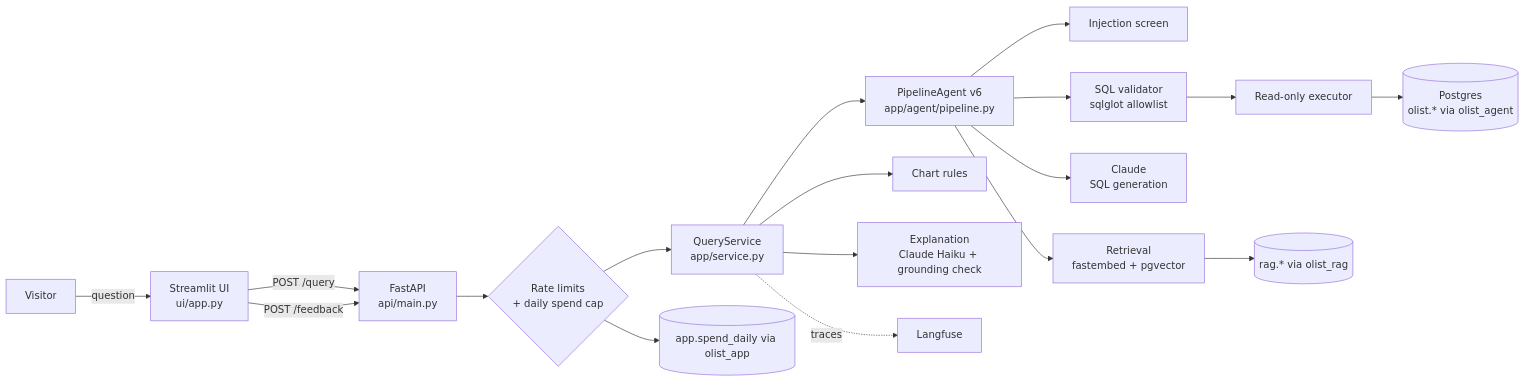
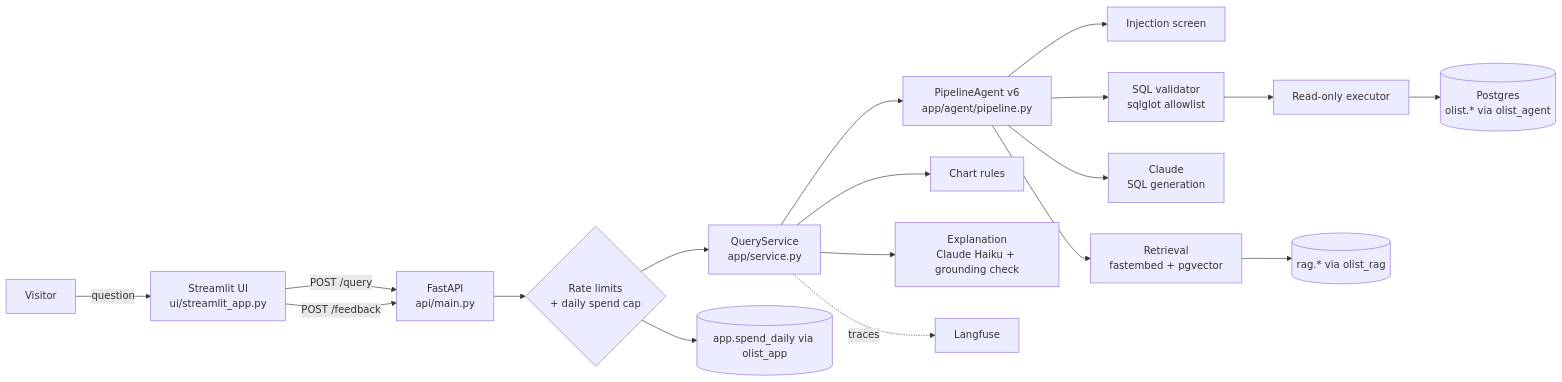
Before and after one commit to Mandy8639/text-to-sql-agent: the first of 2 diagrams in docs/architecture.md, drawn with Mermaid. The commit also changed other lines of this file and 20 other files, not shown here.

````diff
--- a/docs/architecture.md
+++ b/docs/architecture.md
@@ -5,20 +5,20 @@
 ```mermaid
 flowchart LR
-    U[Visitor] -->|question| UI[Streamlit UI<br/>ui/app.py]
+    U[Visitor] -->|question| UI[Streamlit UI<br/>ui/streamlit_app.py]
     UI -->|POST /query| API[FastAPI<br/>api/main.py]
     API --> G{Rate limits<br/>+ daily spend cap}
     G --> S[QueryService<br/>app/service.py]
     S --> A[PipelineAgent v6<br/>app/agent/pipeline.py]
     A --> IS[Injection screen]
     A --> R[Retrieval<br/>fastembed + pgvector]
     A --> L[Claude<br/>SQL generation]
     A --> V[SQL validator<br/>sqlglot allowlist]
     V --> X[Read-only executor]
     X --> DB[(Postgres<br/>olist.* via olist_agent)]
     R --> IDX[(rag.* via olist_rag)]
     S --> C[Chart rules]
     S --> E[Explanation<br/>Claude Haiku + grounding check]
     G --> SP[(app.spend_daily via olist_app)]
     S -.traces.-> LF[Langfuse]
     UI -->|POST /feedback| API
 ```
````
